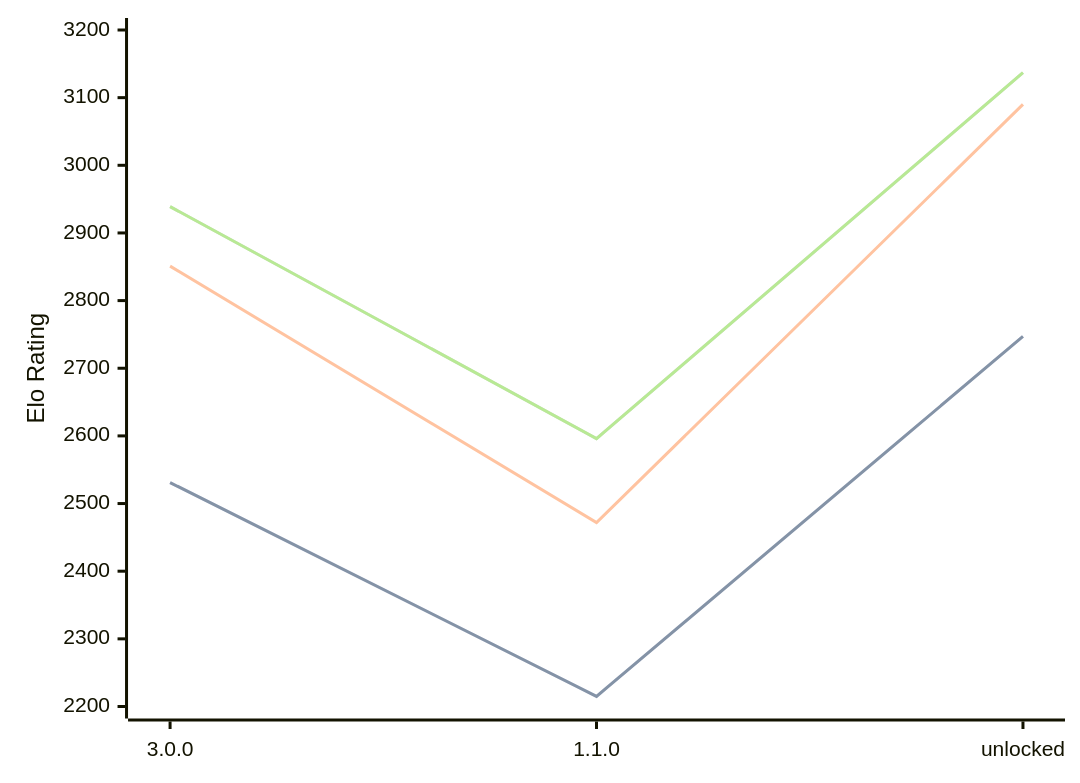
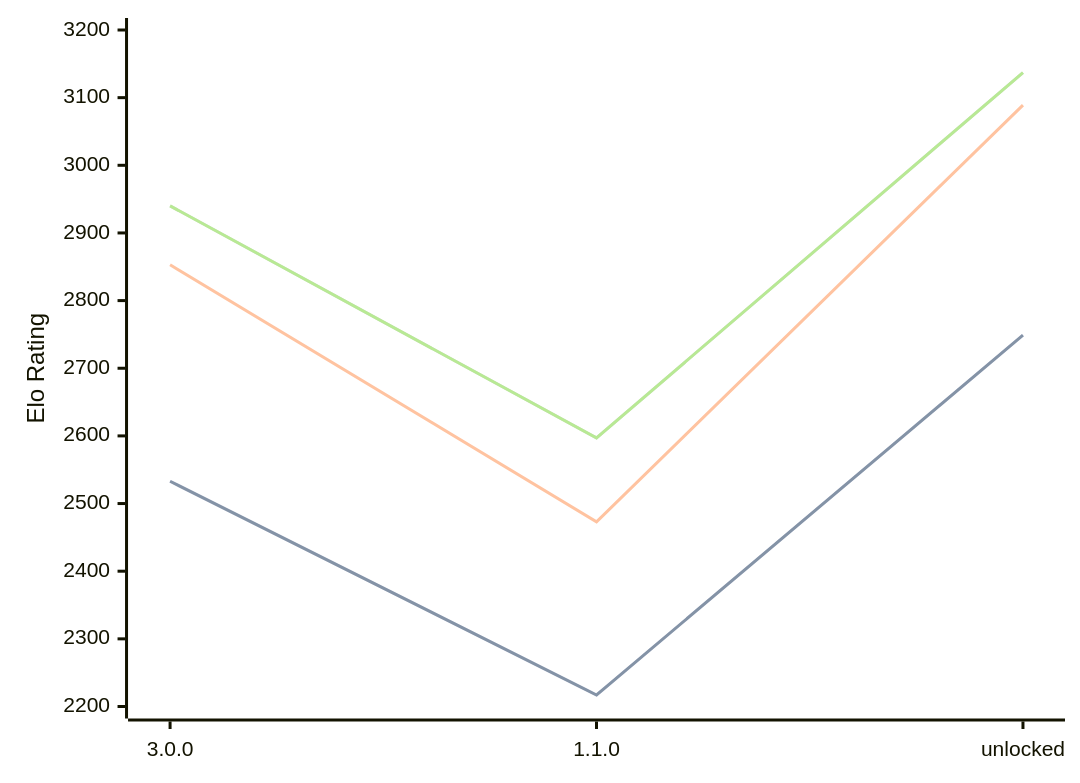
The diagram in engines/Potential.md (computer-chess-index/cci), drawn with Mermaid before and after one commit. The commit also changed other lines of this file, not shown here.

Commit message:
Update CCI Ratings (ELO VLTC) - 2026-08-22

````diff
--- a/engines/Potential.md
+++ b/engines/Potential.md
@@ -33,11 +33,11 @@
 ```mermaid
 %%{init: {"theme":"base","themeVariables":{"seriesColors:['#a3a3a3','#222221','#faa371']}}}%%
 xychart-beta
   x-axis ["3.0.0", "1.1.0", "unlocked"]
   y-axis "Elo Rating" 2200 --> 3200
-  line "STC (8.0+0.08s)" [2531, 2215, 2747]
-  line "STC (8.0+0.08s)" [2531, 2215, 2747]
-  line "LTC (60.0+0.60s)" [2851, 2472, 3090]
-  line "VLTC (2m24s+1.12s)" [2939, 2596, 3137]
-  line "VLTC (2m24s+1.12s)" [2939, 2596, 3137]
+  line "STC (8.0+0.08s)" [2533, 2217, 2749]
+  line "STC (8.0+0.08s)" [2533, 2217, 2749]
+  line "LTC (60.0+0.60s)" [2853, 2473, 3089]
+  line "VLTC (2m24s+1.12s)" [2940, 2597, 3137]
+  line "VLTC (2m24s+1.12s)" [2940, 2597, 3137]
 ```
````
